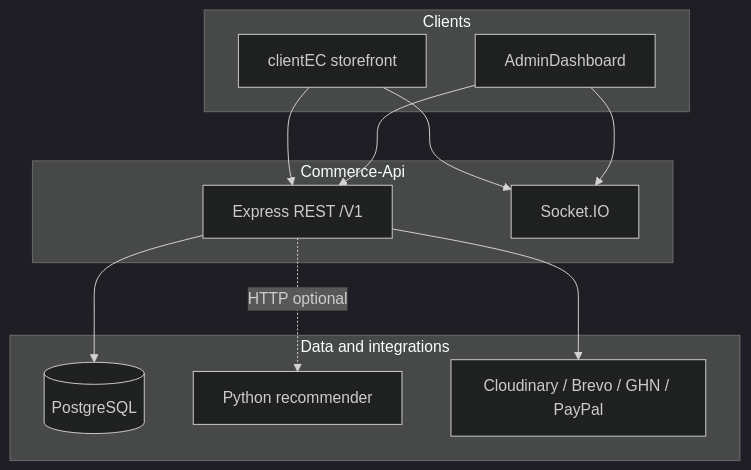
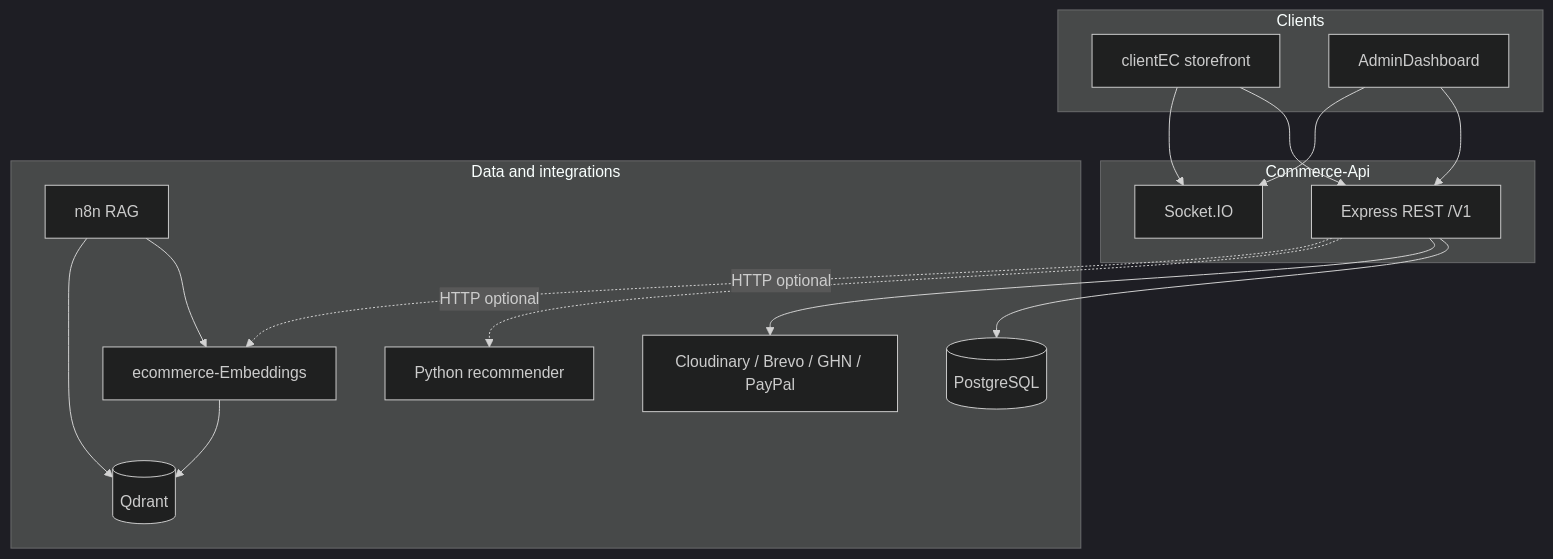
Before and after one commit to dhoangvu1811/Commerce-Api: the diagram in README.md, drawn with Mermaid (dark theme). The commit also changed other lines of this file and 2 other files, not shown here.

````diff
--- a/README.md
+++ b/README.md
@@ -16,23 +16,30 @@
 ```mermaid
 flowchart TB
   subgraph clients [Clients]
     WEB[clientEC storefront]
     ADM[AdminDashboard]
   end
   subgraph api [Commerce-Api]
     REST[Express REST /V1]
     SIO[Socket.IO]
   end
   subgraph data [Data and integrations]
     PG[(PostgreSQL)]
     PY[Python recommender]
+    EMB[ecommerce-Embeddings]
+    QD[(Qdrant)]
+    WF[n8n RAG]
     CL[Cloudinary / Brevo / GHN / PayPal]
   end
   WEB --> REST
   ADM --> REST
   WEB --> SIO
   ADM --> SIO
   REST --> PG
   REST --> CL
   REST -.->|HTTP optional| PY
+  REST -.->|HTTP optional| EMB
+  EMB --> QD
+  WF --> EMB
+  WF --> QD
 ```
````
